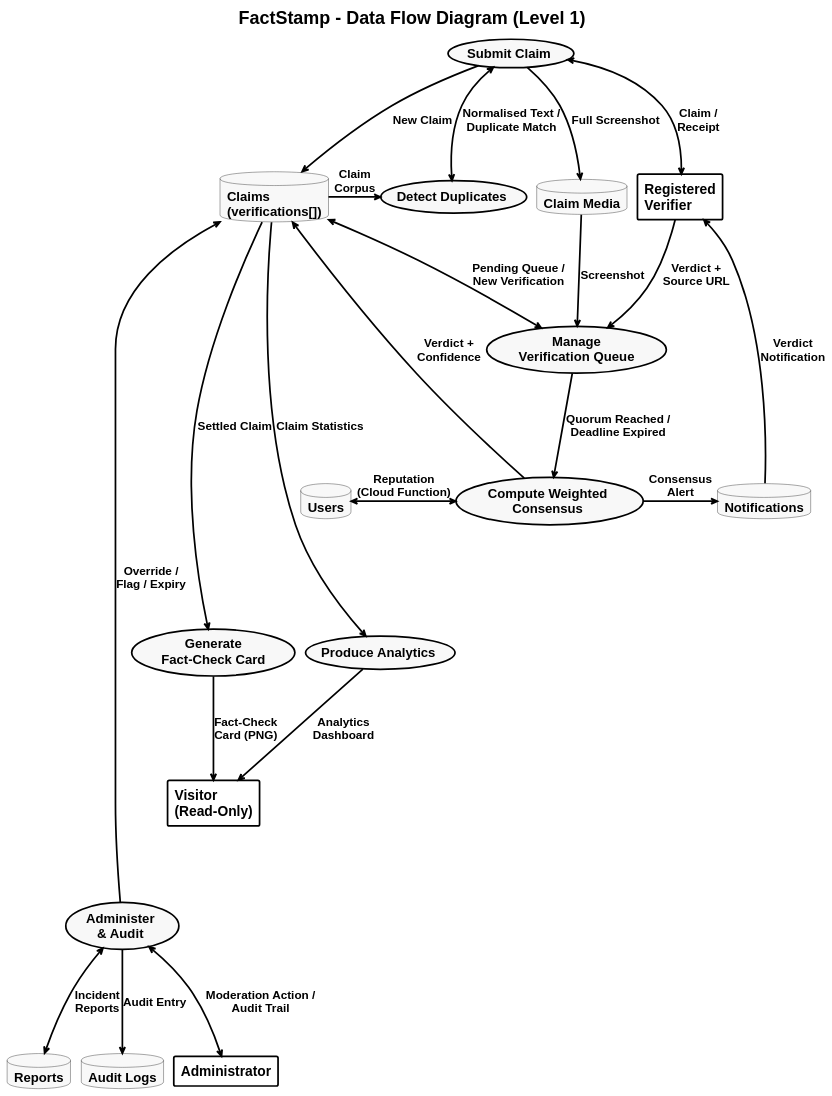
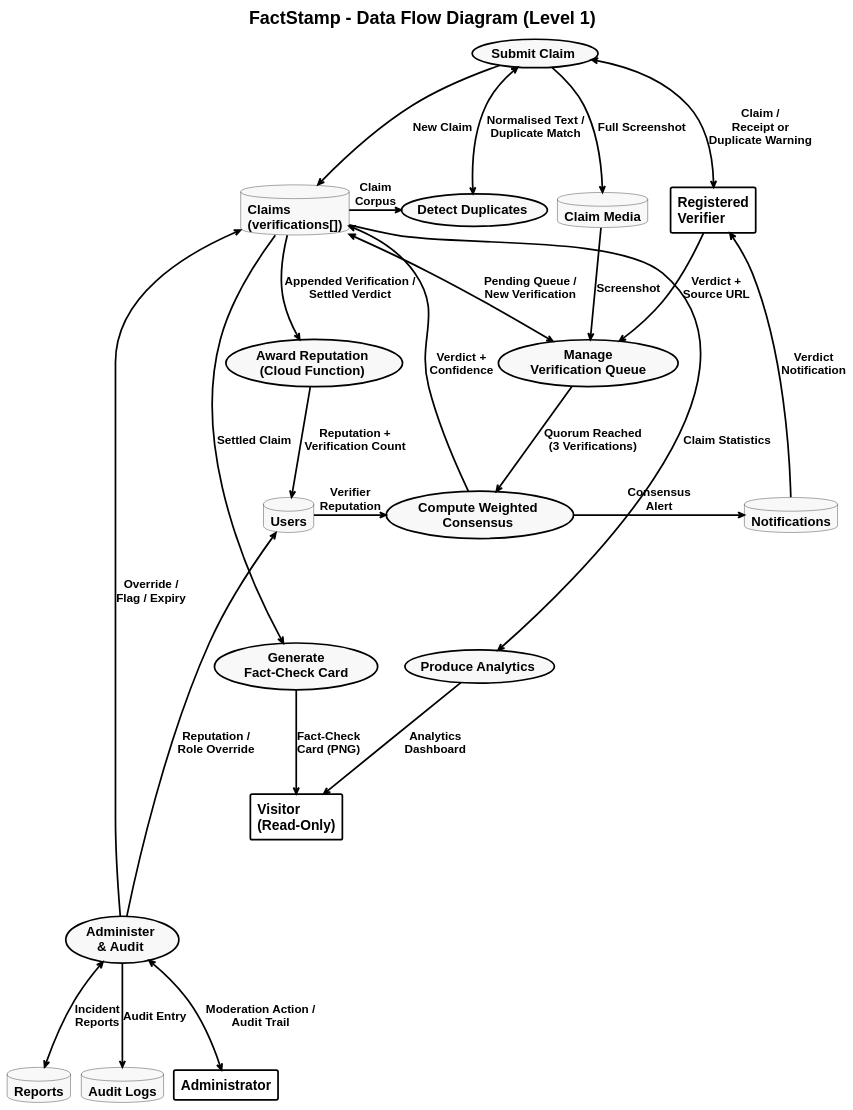
One commit to aadish0day/typst changed the diagram in FactStamp/main_blackbook/03_Requirements_and_Analysis/attachments/dfd_level_1.puml. Above: the diagram before and after it, drawn with PlantUML. The commit also changed other lines of this file and 36 other files, not shown here.

First line of the commit message:
docs(FactStamp): reflect reputation cloud function in diagrams and wireframes

```diff
--- a/FactStamp/main_blackbook/03_Requirements_and_Analysis/attachments/dfd_level_1.puml
+++ b/FactStamp/main_blackbook/03_Requirements_and_Analysis/attachments/dfd_level_1.puml
@@ -20,92 +25,98 @@
 @startuml
 skinparam style strictuml
 skinparam monochrome true
 skinparam defaultFontName "Liberation Sans"
 skinparam defaultFontSize 20
 skinparam defaultFontStyle bold
 skinparam titleFontSize 26
 skinparam titleFontStyle bold
 
 ' Rule 5 (portrait): stretch ranks apart, squeeze columns together.
 skinparam ranksep 110
 skinparam nodesep 15
 
 skinparam backgroundColor white
 skinparam ArrowColor black
 skinparam ArrowThickness 2.5
 skinparam ArrowFontSize 17
 skinparam ArrowFontStyle bold
 
 skinparam UsecaseBorderColor black
 skinparam UsecaseBorderThickness 2.5
 skinparam UsecaseBackgroundColor #F8F9FA
 skinparam UsecaseFontSize 19
 skinparam UsecaseFontStyle bold
 
 skinparam RectangleBorderColor black
 skinparam RectangleBorderThickness 2.5
 skinparam RectangleBackgroundColor transparent
 skinparam RectangleFontSize 20
 skinparam RectangleFontStyle bold
 
 skinparam DatabaseBorderColor black
 skinparam DatabaseBackgroundColor #F8F9FA
 skinparam DatabaseFontSize 19
 skinparam DatabaseFontStyle bold
 
 title FactStamp - Data Flow Diagram (Level 1)
 
 ' ---------- Nodes, declared top to bottom ----------
 rectangle "Registered\nVerifier" as VER
 usecase "Submit Claim" as P1
 usecase "Detect Duplicates" as P2
 database "Claims\n(verifications[])" as D1
 database "Claim Media" as D6
 usecase "Manage\nVerification Queue" as P3
 usecase "Compute Weighted\nConsensus" as P4
 database "Users" as D2
+usecase "Award Reputation\n(Cloud Function)" as P8
 database "Notifications" as D3
 usecase "Produce Analytics" as P6
 usecase "Generate\nFact-Check Card" as P5
 rectangle "Visitor\n(Read-Only)" as VIS
 usecase "Administer\n& Audit" as P7
 database "Reports" as D4
 database "Audit Logs" as D5
 rectangle "Administrator" as ADM
 
 ' ---------- Spine ----------
 D1  -[hidden]right- D6
 D2  -[hidden]right- P4
 P4  -[hidden]down- P5
 P4  -[hidden]down- P6
 VIS -[hidden]down- P7
 
 ' ---------- 1.0 and 2.0: submission ----------
-P1 <-right-> VER : "Claim /\nReceipt"
+P1 <-right-> VER : "Claim /\nReceipt or\nDuplicate Warning"
 P1  <--> P2 : "Normalised Text /\nDuplicate Match"
 P1  --> D1 : "New Claim"
 P1  --> D6 : "Full Screenshot"
 D1  -left-> P2 : "Claim\nCorpus"
 
 ' ---------- 3.0 and 4.0: verification and consensus ----------
 VER --> P3 : "Verdict +\nSource URL"
 D1  <--> P3 : "Pending Queue /\nNew Verification"
 D6  --> P3 : "Screenshot"
-P3  --> P4 : "Quorum Reached /\nDeadline Expired"
-D2  <-[norank]-> P4 : "Reputation\n(Cloud Function)"
+P3  --> P4 : "Quorum Reached\n(3 Verifications)"
+D2  -[norank]-> P4 : "Verifier\nReputation"
 D1 <-- P4 : "Verdict +\nConfidence"
 P4  -right-> D3 : "Consensus\nAlert"
 VER <-- D3 : "Verdict\nNotification"
+
+' ---------- 8.0: server-side reputation (Admin SDK trigger on claims/{claimId}) ----------
+D1  --> P8 : "Appended Verification /\nSettled Verdict"
+P8  --> D2 : "Reputation +\nVerification Count"
 
 ' ---------- 5.0 and 6.0: public outputs ----------
 D1  --> P5 : "Settled Claim"
 D1  --> P6 : "Claim Statistics"
 P5  --> VIS : "Fact-Check\nCard (PNG)"
 P6  --> VIS : "Analytics\nDashboard"
 
 ' ---------- 7.0: administration ----------
 ADM <-up-> P7 : "Moderation Action /\nAudit Trail"
 P7  <--> D4 : "Incident\nReports"
 P7  --> D5 : "Audit Entry"
 D1 <-- P7 : "Override /\nFlag / Expiry"
+D2 <-[norank]- P7 : "Reputation /\nRole Override"
 @enduml
```
